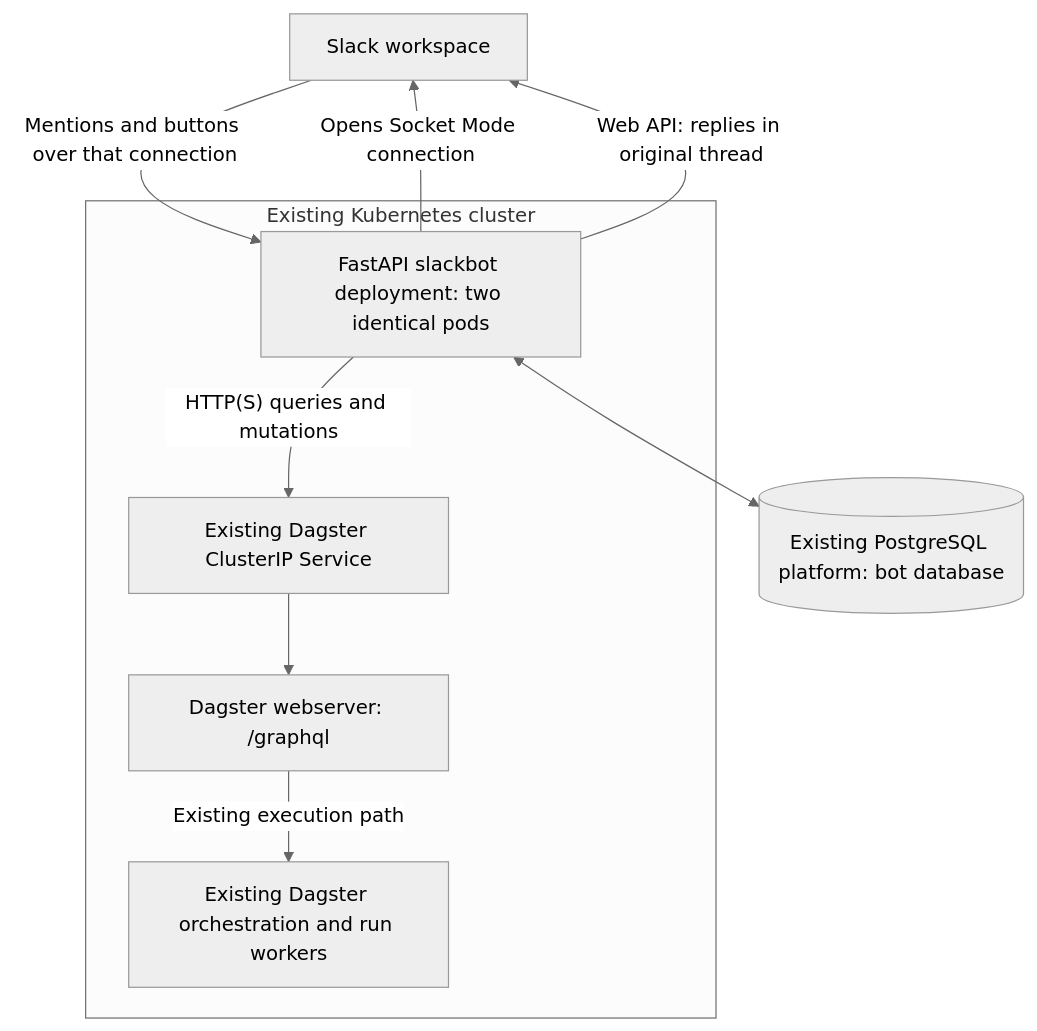
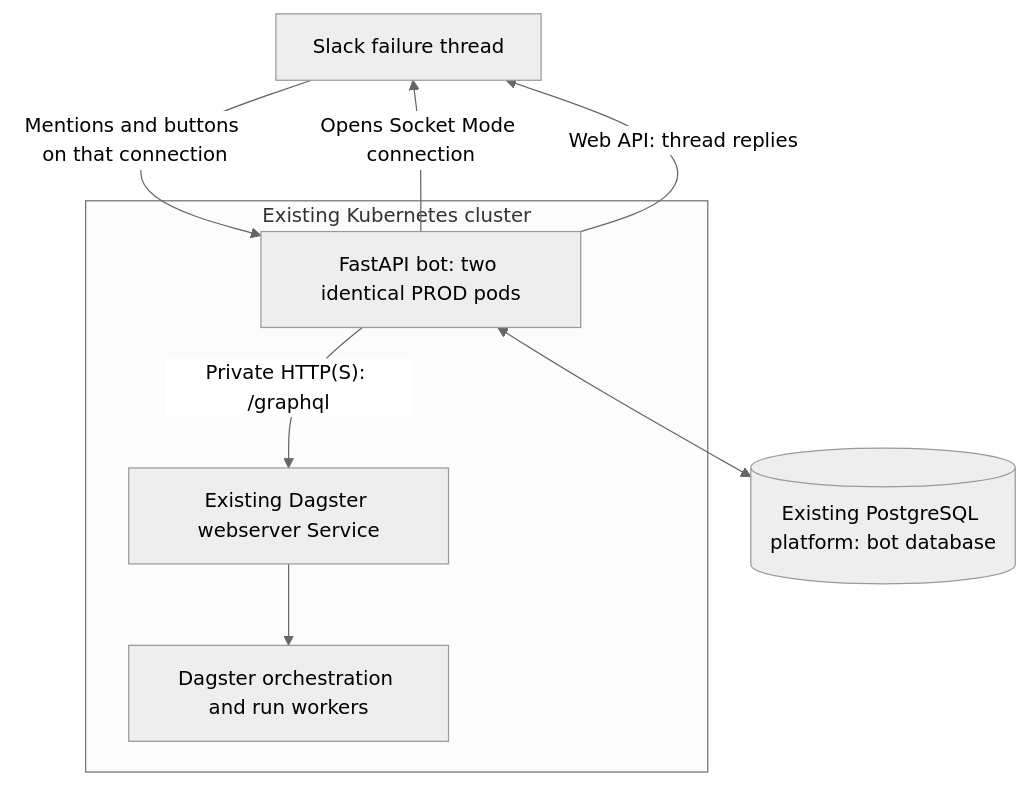
Before and after one commit to raiaman15/slackbot: the diagram in openspec/changes/add-dagster-slackbot/design.md, drawn with Mermaid (neutral theme). The commit also changed other lines of this file and 14 other files, not shown here.

````diff
--- a/openspec/changes/add-dagster-slackbot/design.md
+++ b/openspec/changes/add-dagster-slackbot/design.md
@@ -330,18 +17,16 @@
 ```mermaid
 flowchart TD
-  S["Slack workspace"]
+  S["Slack failure thread"]
   subgraph K["Existing Kubernetes cluster"]
-    B["FastAPI slackbot deployment: two identical pods"]
-    V["Existing Dagster ClusterIP Service"]
-    D["Dagster webserver: /graphql"]
-    R["Existing Dagster orchestration and run workers"]
-    B -->|"HTTP(S) queries and mutations"| V
-    V --> D
-    D -->|"Existing execution path"| R
+    B["FastAPI bot: two identical PROD pods"]
+    D["Existing Dagster webserver Service"]
+    R["Dagster orchestration and run workers"]
+    B -->|"Private HTTP(S): /graphql"| D
+    D --> R
   end
   P[("Existing PostgreSQL platform: bot database")]
   B -->|"Opens Socket Mode connection"| S
-  S -->|"Mentions and buttons over that connection"| B
-  B -->|"Web API: replies in original thread"| S
+  S -->|"Mentions and buttons on that connection"| B
+  B -->|"Web API: thread replies"| S
   B <--> P
 ```
````
